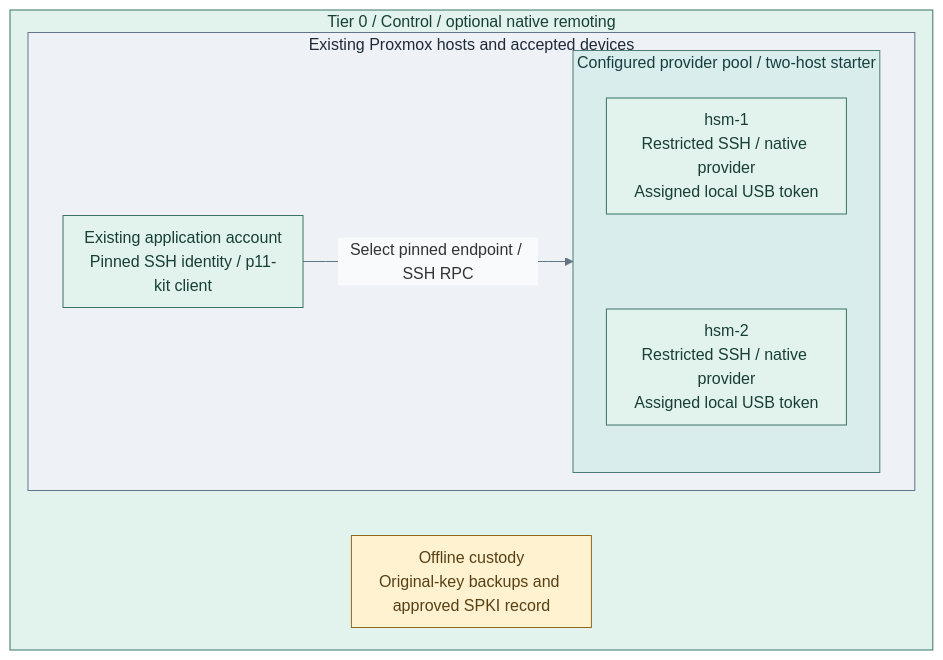
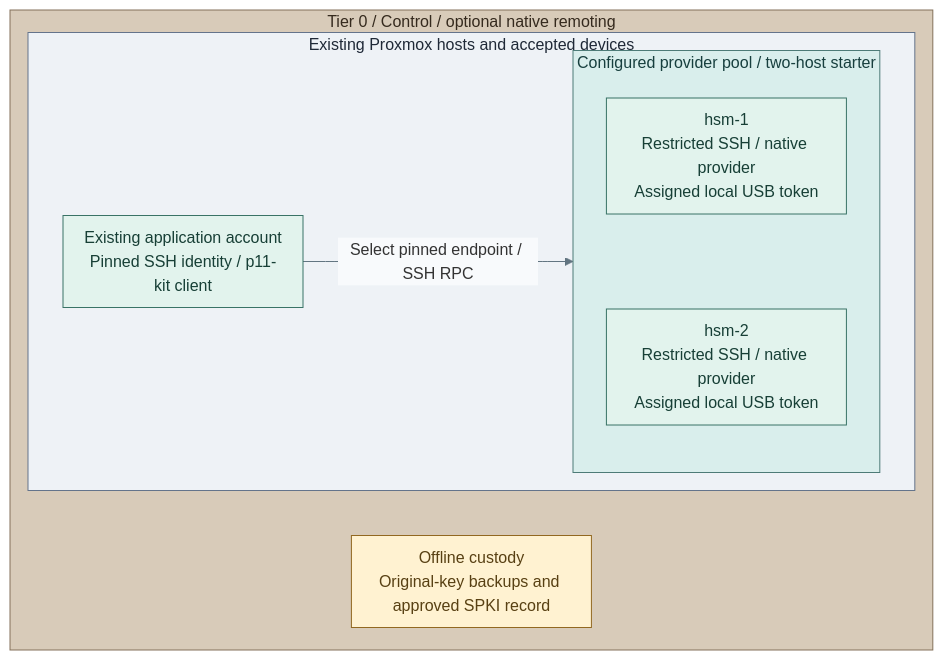
The diagram in docs/03-deployment/stage-3-trust/procedures/pkcs11-remoting.md (Rexus/homelab), drawn with Mermaid before and after one commit. The commit also changed 108 other files, not shown here.

Commit message:
docs(diagrams): unify visual language and opening views

````diff
--- a/docs/03-deployment/stage-3-trust/procedures/pkcs11-remoting.md
+++ b/docs/03-deployment/stage-3-trust/procedures/pkcs11-remoting.md
@@ -12,29 +12,31 @@
 ```mermaid
 %%{init: {"theme":"base","flowchart":{"nodeSpacing":16,"rankSpacing":20,"padding":10},"themeVariables":{"lineColor":"#627581","edgeLabelBackground":"#f8fafc"}}}%%
 flowchart TB
   subgraph T0["Tier 0 / Control / optional native remoting"]
     direction TB
     subgraph Connected["Existing Proxmox hosts and accepted devices"]
       direction LR
       Client["Existing application account<br/>Pinned SSH identity / p11-kit client"]
       subgraph Pool["Configured provider pool / two-host starter"]
         direction TB
         H1["hsm-1<br/>Restricted SSH / native provider<br/>Assigned local USB token"]
         H2["hsm-2<br/>Restricted SSH / native provider<br/>Assigned local USB token"]
         H1 ~~~ H2
       end
       Client -->|Select pinned endpoint / SSH RPC| Pool
     end
     Recovery["Offline custody<br/>Original-key backups and approved SPKI record"]
     Connected ~~~ Recovery
   end
   classDef default fill:#f8fafc,stroke:#64748b,color:#1f2937
   classDef control fill:#e2f3ed,stroke:#397366,color:#173f36
   classDef runtime fill:#d9eeec,stroke:#4d7b77,color:#173f3e
   classDef boundary fill:#eef2f6,stroke:#64748b,color:#1f2937
   classDef custody fill:#fff2d1,stroke:#926820,color:#584013
-  class T0,Client,H1,H2 control
+  class Client,H1,H2 control
   class Connected boundary
   class Pool runtime
   class Recovery custody
+  classDef tier0 fill:#d8cbb9,stroke:#83715a,color:#352a1e
+  class T0 tier0
 ```
````
